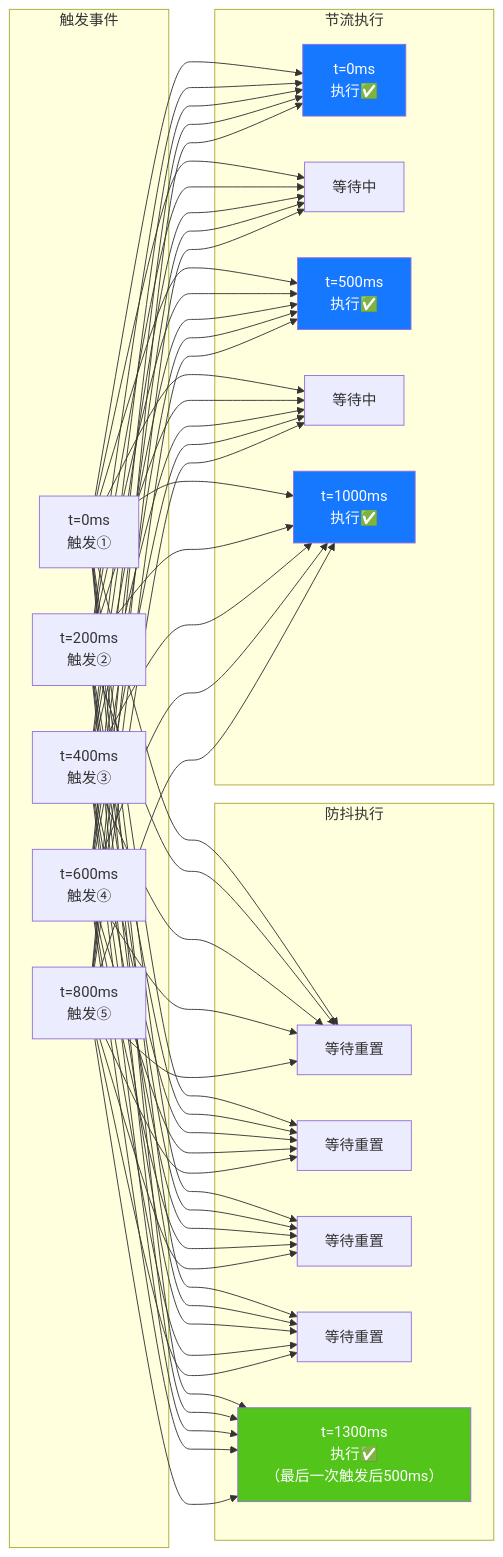
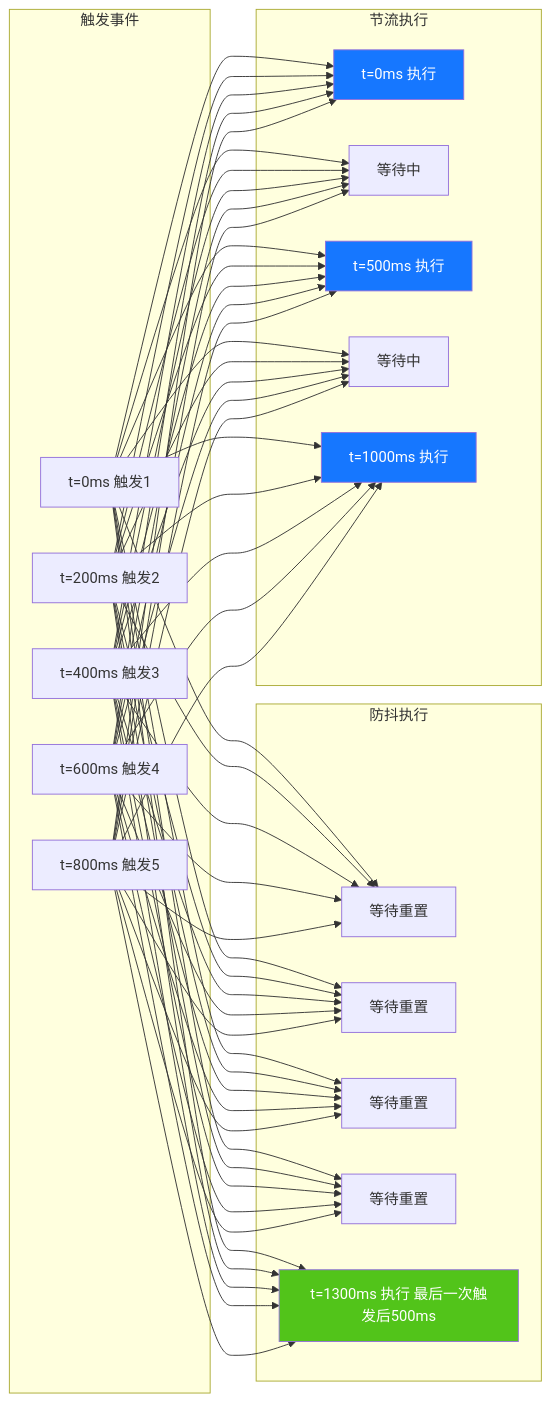
One commit to mansteinr/note-book changed the fifth of 7 diagrams in JavaScript/02-闭包面试题.md. Above: the diagram before and after it, drawn with Mermaid. The commit also changed other lines of this file and 1 other file, not shown here.

Commit message:
解决 mermaid 不显示的问题

````diff
--- a/JavaScript/02-闭包面试题.md
+++ b/JavaScript/02-闭包面试题.md
@@ -689,34 +689,34 @@
 ```mermaid
 flowchart LR
-    subgraph 触发事件
-        T1["t=0ms<br/>触发①"]
-        T2["t=200ms<br/>触发②"]
-        T3["t=400ms<br/>触发③"]
-        T4["t=600ms<br/>触发④"]
-        T5["t=800ms<br/>触发⑤"]
+    subgraph trigger [触发事件]
+        T1[t=0ms 触发1]
+        T2[t=200ms 触发2]
+        T3[t=400ms 触发3]
+        T4[t=600ms 触发4]
+        T5[t=800ms 触发5]
     end
-    
-    subgraph 防抖执行
-        D1["等待重置"]
-        D2["等待重置"]
-        D3["等待重置"]
-        D4["等待重置"]
-        D5["t=1300ms<br/>执行✅<br/>（最后一次触发后500ms）"]
+
+    subgraph debounce [防抖执行]
+        D1[等待重置]
+        D2[等待重置]
+        D3[等待重置]
+        D4[等待重置]
+        D5[t=1300ms 执行 最后一次触发后500ms]
     end
-    
-    subgraph 节流执行
-        S1["t=0ms<br/>执行✅"]
-        S2["等待中"]
-        S3["t=500ms<br/>执行✅"]
-        S4["等待中"]
-        S5["t=1000ms<br/>执行✅"]
+
+    subgraph throttle [节流执行]
+        S1[t=0ms 执行]
+        S2[等待中]
+        S3[t=500ms 执行]
+        S4[等待中]
+        S5[t=1000ms 执行]
     end
-    
+
     T1 & T2 & T3 & T4 & T5 --> D1 & D2 & D3 & D4 & D5
     T1 & T2 & T3 & T4 & T5 --> S1 & S2 & S3 & S4 & S5
-    
+
     style D5 fill:#52c41a,color:#fff
     style S1 fill:#1677ff,color:#fff
     style S3 fill:#1677ff,color:#fff
     style S5 fill:#1677ff,color:#fff
 ```
````
